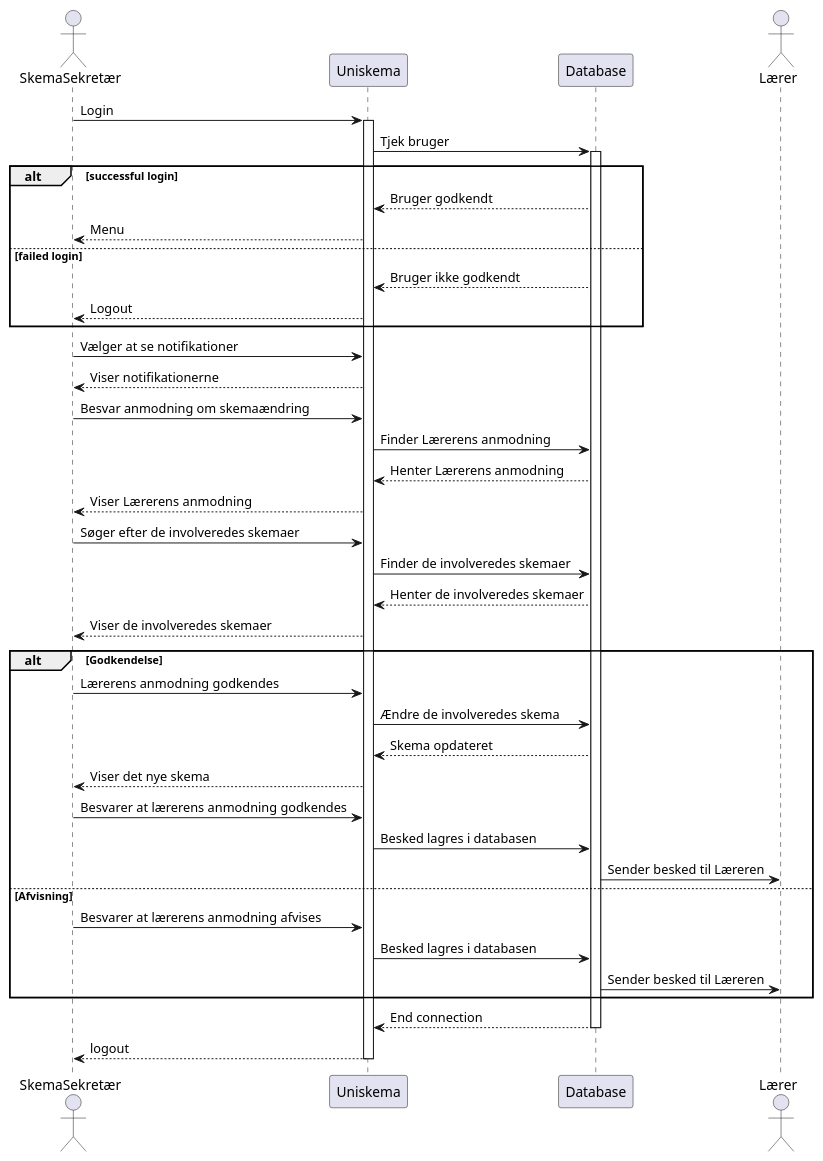
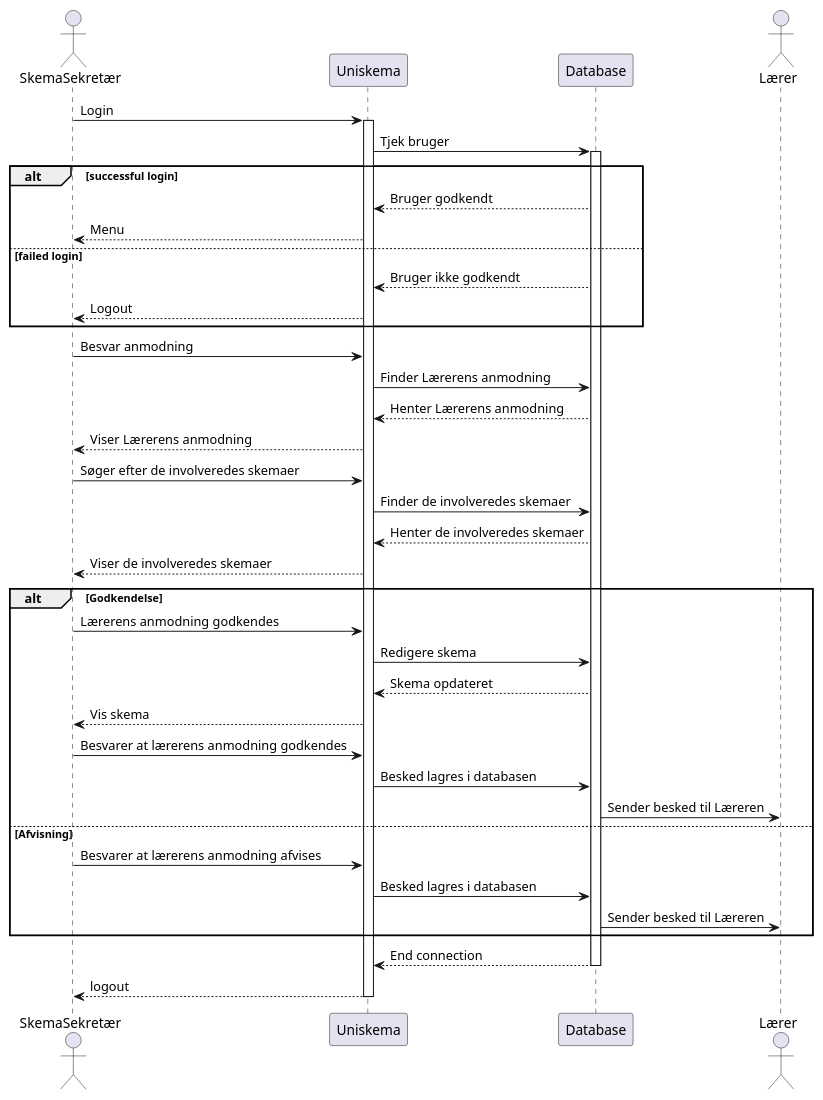
The diagram in Diagrams/SSD SkemaSekretær.puml (MadsSchroder/Systemudvikling-Eksamen-KU), drawn with PlantUML before and after one commit. The commit also changed 2 other files, not shown here.

```diff
--- a/Diagrams/SSD SkemaSekretær.puml
+++ b/Diagrams/SSD SkemaSekretær.puml
@@ -1,40 +1,38 @@
 @startuml
 Actor SkemaSekretær
 SkemaSekretær -> Uniskema: Login
 Activate Uniskema
 Uniskema -> Database: Tjek bruger
 Activate Database
 Actor Lærer
 alt successful login
     Uniskema <-- Database: Bruger godkendt
     SkemaSekretær <-- Uniskema: Menu
 else failed login
     Uniskema <-- Database: Bruger ikke godkendt
     SkemaSekretær <-- Uniskema: Logout
 end
-SkemaSekretær -> Uniskema: Vælger at se notifikationer
-SkemaSekretær <-- Uniskema: Viser notifikationerne
-SkemaSekretær -> Uniskema: Besvar anmodning om skemaændring
+SkemaSekretær -> Uniskema: Besvar anmodning
 Uniskema -> Database: Finder Lærerens anmodning
 Uniskema <-- Database: Henter Lærerens anmodning
 SkemaSekretær <-- Uniskema: Viser Lærerens anmodning
 SkemaSekretær -> Uniskema: Søger efter de involveredes skemaer
 Uniskema -> Database: Finder de involveredes skemaer
 Uniskema <-- Database: Henter de involveredes skemaer
 SkemaSekretær <-- Uniskema: Viser de involveredes skemaer
 alt Godkendelse
     SkemaSekretær -> Uniskema: Lærerens anmodning godkendes
-    Uniskema -> Database: Ændre de involveredes skema
+    Uniskema -> Database: Redigere skema
     Uniskema <-- Database: Skema opdateret
-    SkemaSekretær <-- Uniskema: Viser det nye skema
+    SkemaSekretær <-- Uniskema: Vis skema
     SkemaSekretær -> Uniskema: Besvarer at lærerens anmodning godkendes
     Uniskema -> Database: Besked lagres i databasen
     Database -> Lærer: Sender besked til Læreren
 else Afvisning
     SkemaSekretær -> Uniskema: Besvarer at lærerens anmodning afvises
     Uniskema -> Database: Besked lagres i databasen
     Database -> Lærer: Sender besked til Læreren
 end
 return End connection
 return logout
 @enduml
```
